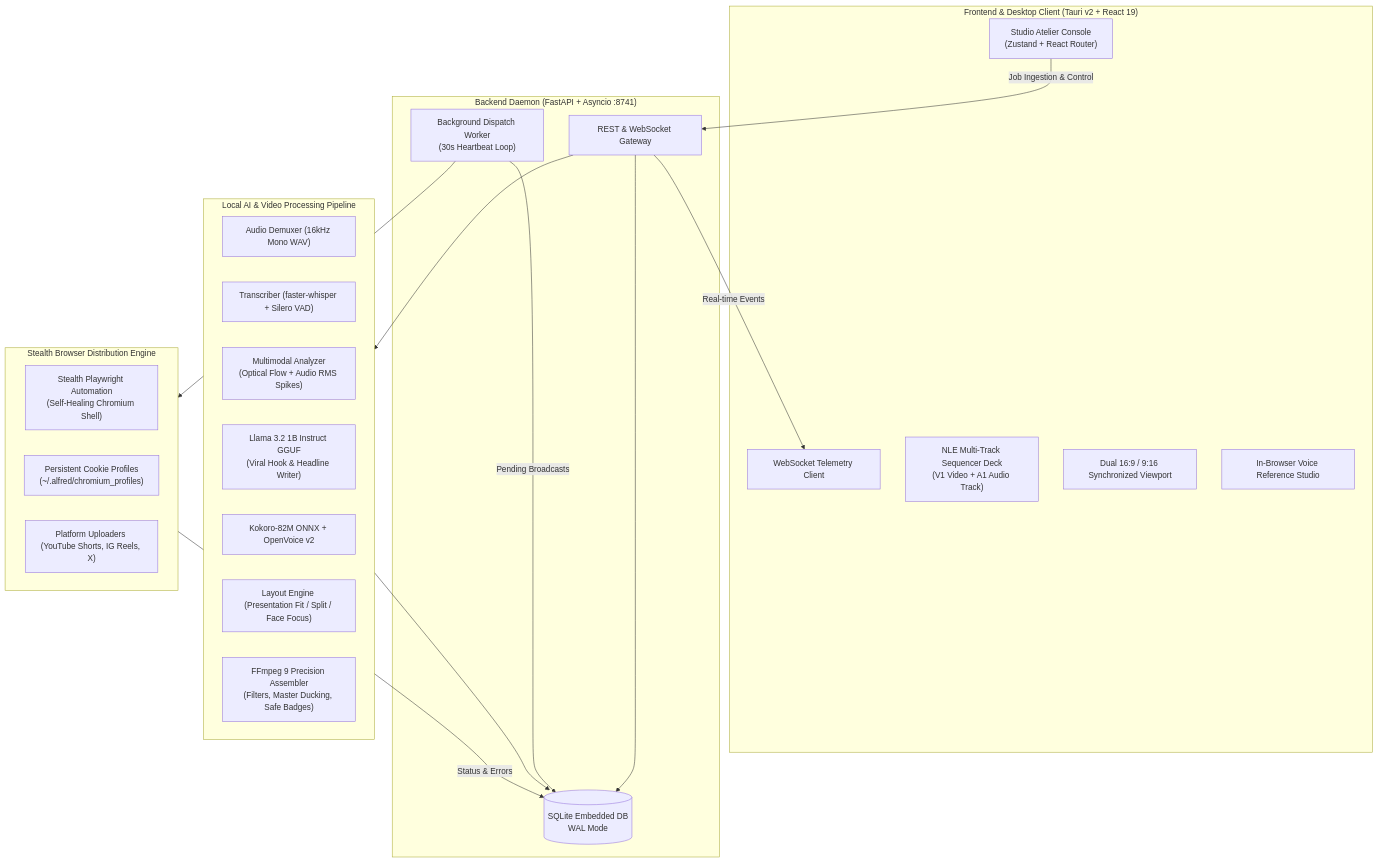
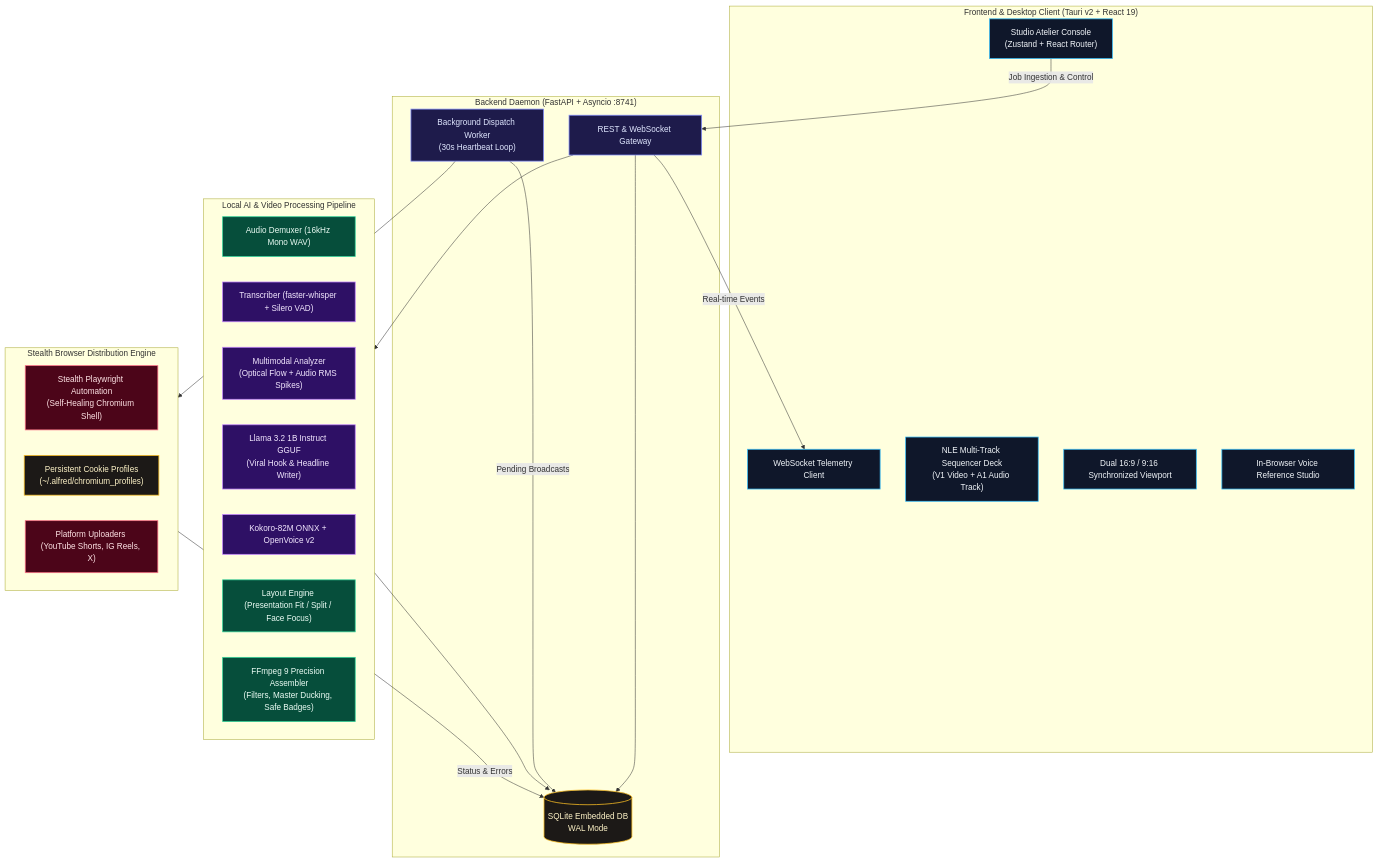
Before and after one commit to DivyamJoshi2005/Alfred: the first of 9 diagrams in README.md, drawn with Mermaid. The commit also changed other lines of this file and 1 other file, not shown here.

Commit message:
docs: add minimal, vibrant slate & neon accent styling to all Mermaid architecture diagrams

````diff
--- a/README.md
+++ b/README.md
@@ -73,41 +73,48 @@
 ```mermaid
 flowchart TD
+    classDef client fill:#0f172a,stroke:#38bdf8,stroke-width:1.5px,color:#f1f5f9;
+    classDef server fill:#1e1b4b,stroke:#818cf8,stroke-width:1.5px,color:#e0e7ff;
+    classDef ai fill:#2e1065,stroke:#c084fc,stroke-width:1.5px,color:#f3e8ff;
+    classDef media fill:#064e3b,stroke:#34d399,stroke-width:1.5px,color:#ecfdf5;
+    classDef storage fill:#1c1917,stroke:#fbbf24,stroke-width:1.5px,color:#fef3c7;
+    classDef social fill:#4c0519,stroke:#fb7185,stroke-width:1.5px,color:#ffe4e6;
+
     subgraph Client ["Frontend & Desktop Client (Tauri v2 + React 19)"]
-        UI["Studio Atelier Console\n(Zustand + React Router)"]
-        WSClient["WebSocket Telemetry Client"]
-        Sequencer["NLE Multi-Track Sequencer Deck\n(V1 Video + A1 Audio Track)"]
-        Player["Dual 16:9 / 9:16 Synchronized Viewport"]
-        Recorder["In-Browser Voice Reference Studio"]
+        UI["Studio Atelier Console\n(Zustand + React Router)"]:::client
+        WSClient["WebSocket Telemetry Client"]:::client
+        Sequencer["NLE Multi-Track Sequencer Deck\n(V1 Video + A1 Audio Track)"]:::client
+        Player["Dual 16:9 / 9:16 Synchronized Viewport"]:::client
+        Recorder["In-Browser Voice Reference Studio"]:::client
     end
 
     subgraph Server ["Backend Daemon (FastAPI + Asyncio :8741)"]
-        API["REST & WebSocket Gateway"]
-        DB[("SQLite Embedded DB\nWAL Mode")]
-        Scheduler["Background Dispatch Worker\n(30s Heartbeat Loop)"]
+        API["REST & WebSocket Gateway"]:::server
+        DB[("SQLite Embedded DB\nWAL Mode")]:::storage
+        Scheduler["Background Dispatch Worker\n(30s Heartbeat Loop)"]:::server
     end
 
     subgraph Pipeline ["Local AI & Video Processing Pipeline"]
-        Demux["Audio Demuxer (16kHz Mono WAV)"]
-        Whisper["Transcriber (faster-whisper + Silero VAD)"]
-        Analyzer["Multimodal Analyzer\n(Optical Flow + Audio RMS Spikes)"]
-        Llama["Llama 3.2 1B Instruct GGUF\n(Viral Hook & Headline Writer)"]
-        TTS["Kokoro-82M ONNX + OpenVoice v2"]
-        SmartCrop["Layout Engine (Presentation Fit / Split / Face Focus)"]
-        Assembler["FFmpeg 9 Precision Assembler\n(Filters, Master Ducking, Safe Badges)"]
+        Demux["Audio Demuxer (16kHz Mono WAV)"]:::media
+        Whisper["Transcriber (faster-whisper + Silero VAD)"]:::ai
+        Analyzer["Multimodal Analyzer\n(Optical Flow + Audio RMS Spikes)"]:::ai
+        Llama["Llama 3.2 1B Instruct GGUF\n(Viral Hook & Headline Writer)"]:::ai
+        TTS["Kokoro-82M ONNX + OpenVoice v2"]:::ai
+        SmartCrop["Layout Engine (Presentation Fit / Split / Face Focus)"]:::media
+        Assembler["FFmpeg 9 Precision Assembler\n(Filters, Master Ducking, Safe Badges)"]:::media
     end
 
     subgraph Distribution ["Stealth Browser Distribution Engine"]
-        Playwright["Stealth Playwright Automation\n(Self-Healing Chromium Shell)"]
-        Sessions["Persistent Cookie Profiles\n(~/.alfred/chromium_profiles)"]
-        Uploader["Platform Uploaders (YouTube Shorts, IG Reels, X)"]
+        Playwright["Stealth Playwright Automation\n(Self-Healing Chromium Shell)"]:::social
+        Sessions["Persistent Cookie Profiles\n(~/.alfred/chromium_profiles)"]:::storage
+        Uploader["Platform Uploaders (YouTube Shorts, IG Reels, X)"]:::social
     end
 
     UI -->|Job Ingestion & Control| API
     API -->|Real-time Events| WSClient
     API --> DB
     API --> Pipeline
     Pipeline --> DB
     Scheduler -->|Pending Broadcasts| DB
     Scheduler --> Distribution
     Distribution -->|Status & Errors| DB
 ```
````
